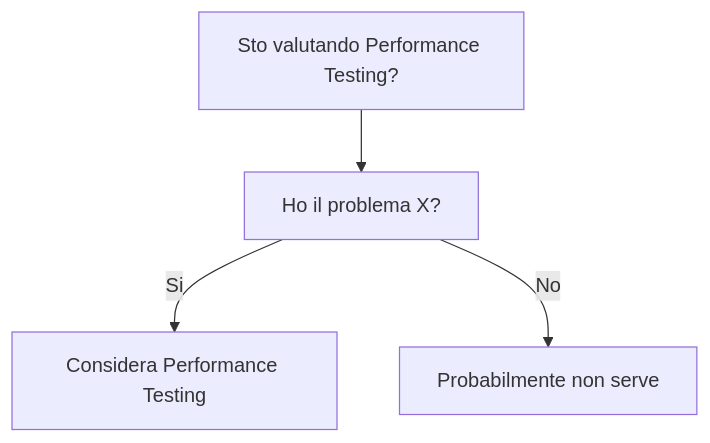
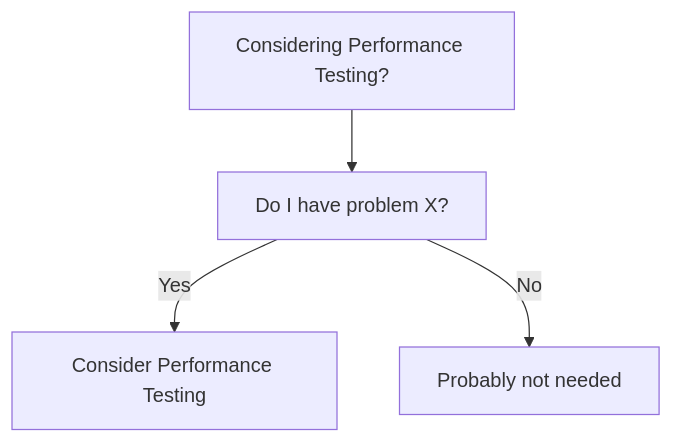
The diagram in dev-wiki/09_Testing/Performance_Testing/When_To_Use.md (HxT9/Software-Dev-Wiki), drawn with Mermaid before and after one commit. The commit also changed other lines of this file and 3444 other files, not shown here.

````diff
--- a/dev-wiki/09_Testing/Performance_Testing/When_To_Use.md
+++ b/dev-wiki/09_Testing/Performance_Testing/When_To_Use.md
@@ -19,6 +19,6 @@
 ```mermaid
 flowchart TD
-  Q[Sto valutando Performance Testing?] --> Q1[Ho il problema X?]
-  Q1 -->|Si| OK[Considera Performance Testing]
-  Q1 -->|No| NO[Probabilmente non serve]
+  Q[Considering Performance Testing?] --> Q1[Do I have problem X?]
+  Q1 -->|Yes| OK[Consider Performance Testing]
+  Q1 -->|No| NO[Probably not needed]
 ```
````
